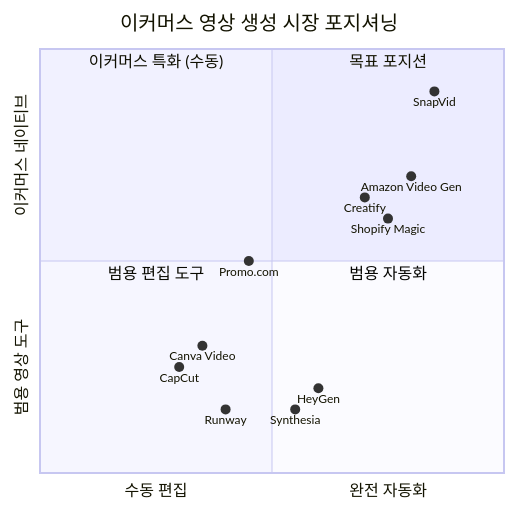
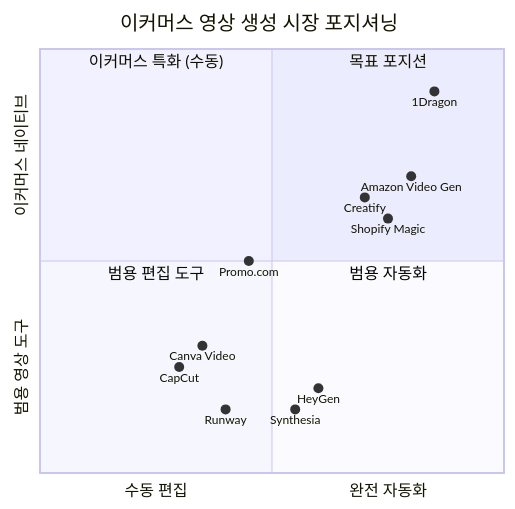
The second of 5 diagrams in docs/02-strategy/VISION.md (inchan/1dragon), drawn with Mermaid before and after one commit. The commit also changed other lines of this file and 182 other files, not shown here.

````diff
--- a/docs/02-strategy/VISION.md
+++ b/docs/02-strategy/VISION.md
@@ -110,20 +110,20 @@
 ```mermaid
 quadrantChart
     title 이커머스 영상 생성 시장 포지셔닝
     x-axis "수동 편집" --> "완전 자동화"
     y-axis "범용 영상 도구" --> "이커머스 네이티브"
     quadrant-1 "목표 포지션"
     quadrant-2 "이커머스 특화 (수동)"
     quadrant-3 "범용 편집 도구"
     quadrant-4 "범용 자동화"
-    SnapVid: [0.85, 0.90]
+    1Dragon: [0.85, 0.90]
     Creatify: [0.70, 0.65]
     Runway: [0.40, 0.15]
     CapCut: [0.30, 0.25]
     Canva Video: [0.35, 0.30]
     HeyGen: [0.60, 0.20]
     Synthesia: [0.55, 0.15]
     Promo.com: [0.45, 0.50]
     Amazon Video Gen: [0.80, 0.70]
     Shopify Magic: [0.75, 0.60]
 ```
````
